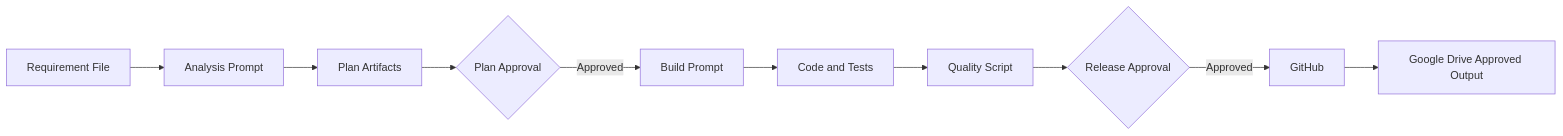
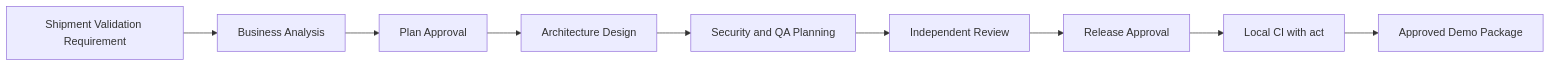
Before and after one commit to Hanish79/heartbeat-agent-platform: the diagram in docs/09 Examples/README.md, drawn with Mermaid. The commit also changed other lines of this file and 45 other files, not shown here.

````diff
--- a/docs/09 Examples/README.md
+++ b/docs/09 Examples/README.md
@@ -24,12 +32,11 @@
 ```mermaid
 flowchart LR
-    A[Requirement File] --> B[Analysis Prompt]
-    B --> C[Plan Artifacts]
-    C --> D{Plan Approval}
-    D -- Approved --> E[Build Prompt]
-    E --> F[Code and Tests]
-    F --> G[Quality Script]
-    G --> H{Release Approval}
-    H -- Approved --> I[GitHub]
-    I --> J[Google Drive Approved Output]
+    A[Shipment Validation Requirement] --> B[Business Analysis]
+    B --> C[Plan Approval]
+    C --> D[Architecture Design]
+    D --> E[Security and QA Planning]
+    E --> F[Independent Review]
+    F --> G[Release Approval]
+    G --> H[Local CI with act]
+    H --> I[Approved Demo Package]
 ```
````
